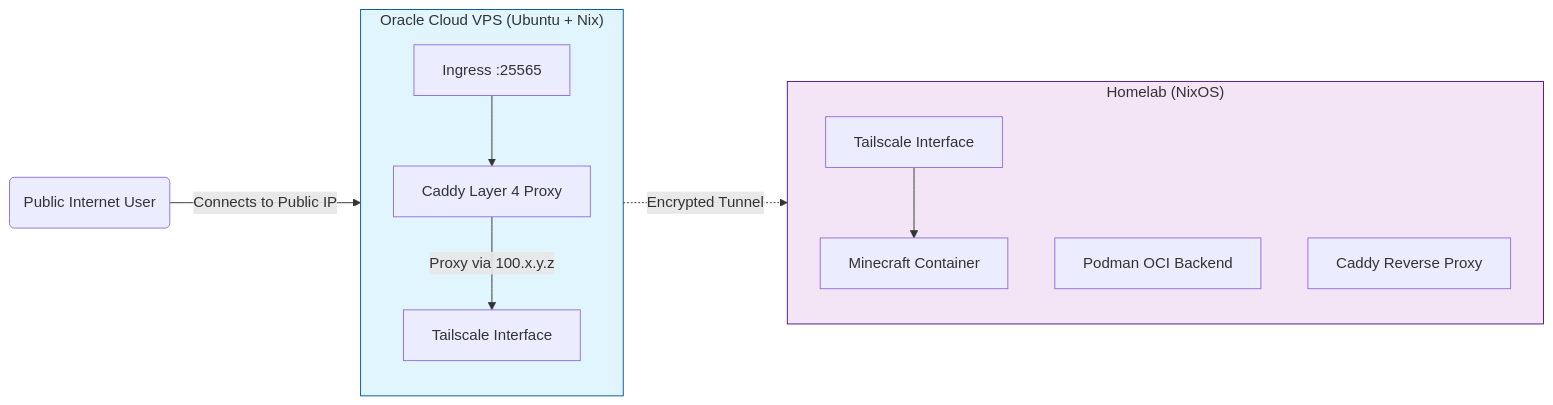
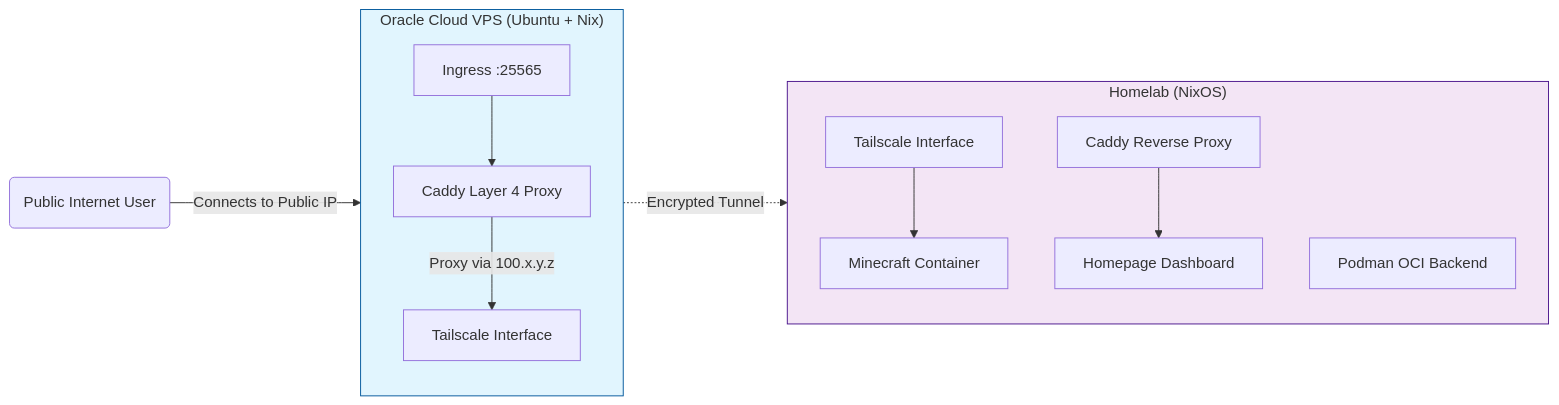
Before and after one commit to TaylorTurnerIT/nixserver: the diagram in README.md, drawn with Mermaid. The commit also changed other lines of this file, not shown here.

Commit message:
Add homepage dashboard details and update service overview in README

````diff
--- a/README.md
+++ b/README.md
@@ -26,28 +26,30 @@
 ```mermaid
 flowchart LR
     User(Public Internet User)
     
     subgraph VPS ["Oracle Cloud VPS (Ubuntu + Nix)"]
         direction TB
         Ingress[Ingress :25565]
         CaddyL4[Caddy Layer 4 Proxy]
         TS_VPS[Tailscale Interface]
     end
 
     subgraph Home ["Homelab (NixOS)"]
         direction TB
         TS_Home[Tailscale Interface]
         Podman[Podman OCI Backend]
         MC[Minecraft Container]
+        Homepage[Homepage Dashboard]
         CaddyRev[Caddy Reverse Proxy]
     end
 
     User -->|Connects to Public IP| Ingress
     Ingress --> CaddyL4
     CaddyL4 -->|Proxy via 100.x.y.z| TS_VPS
     TS_VPS -.->|Encrypted Tunnel| TS_Home
     TS_Home --> MC
+    CaddyRev --> Homepage
     
     style VPS fill:#e1f5fe,stroke:#01579b
     style Home fill:#f3e5f5,stroke:#4a148c
 ```
````
